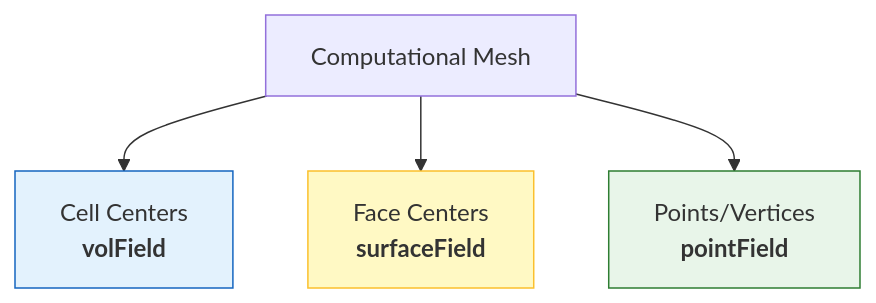
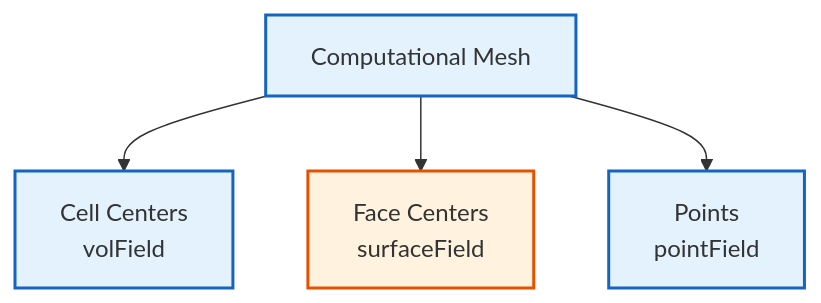
One commit to wramet/build-my-cfd changed the diagram in MODULE_05_OPENFOAM_PROGRAMMING/CONTENT/08_FIELD_TYPES/01_Introduction.md. Above: the diagram before and after it, drawn with Mermaid. The commit also changed 313 other files, not shown here.

Commit message:
Revise all diagram

````diff
--- a/MODULE_05_OPENFOAM_PROGRAMMING/CONTENT/08_FIELD_TYPES/01_Introduction.md
+++ b/MODULE_05_OPENFOAM_PROGRAMMING/CONTENT/08_FIELD_TYPES/01_Introduction.md
@@ -71,11 +71,11 @@
 ```mermaid
 graph TD
-    Mesh["Computational Mesh"]
-    Mesh --> C["Cell Centers<br/><b>volField</b>"]
-    Mesh --> F["Face Centers<br/><b>surfaceField</b>"]
-    Mesh --> P["Points/Vertices<br/><b>pointField</b>"]
-
-    style C fill:#e3f2fd,stroke:#1565c0
-    style F fill:#fff9c4,stroke:#fbc02d
-    style P fill:#e8f5e9,stroke:#2e7d32
+%% Classes
+classDef explicit fill:#fff3e0,stroke:#e65100,stroke-width:2px;
+classDef implicit fill:#e3f2fd,stroke:#1565c0,stroke-width:2px;
+%% Nodes
+Mesh[Computational Mesh]:::implicit
+Mesh --> C[Cell Centers<br/>volField]:::implicit
+Mesh --> F[Face Centers<br/>surfaceField]:::explicit
+Mesh --> P[Points<br/>pointField]:::implicit
 ```
````
